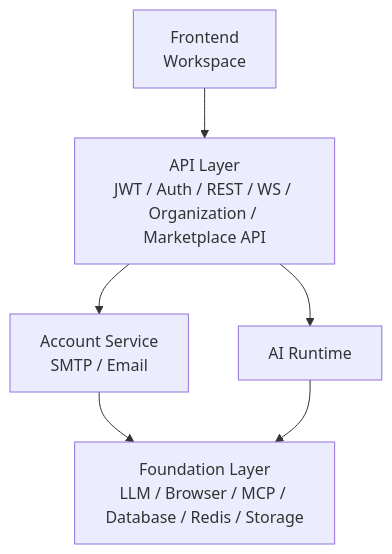
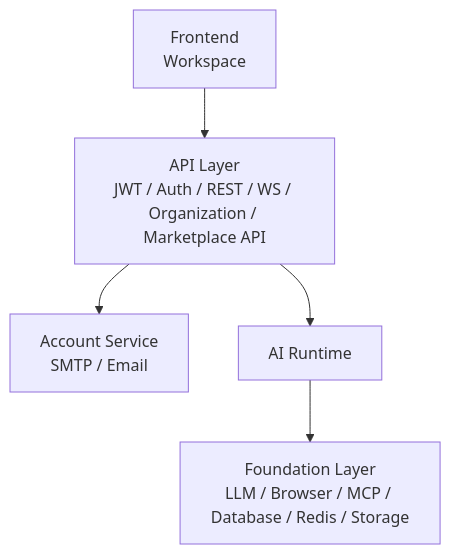
The diagram in docs/Chinese/mvp/ARCHITECTURE_BASELINE.md (suberking0212/Astra-OS), drawn with Mermaid before and after one commit. The commit also changed other lines of this file and 2 other files, not shown here.

````diff
--- a/docs/Chinese/mvp/ARCHITECTURE_BASELINE.md
+++ b/docs/Chinese/mvp/ARCHITECTURE_BASELINE.md
@@ -21,9 +21,8 @@
 ```mermaid
 flowchart TD
   FE[Frontend<br/>Workspace] --> API[API Layer<br/>JWT / Auth / REST / WS / Organization / Marketplace API]
   API --> ACCT[Account Service<br/>SMTP / Email]
   API --> RT[AI Runtime]
-  ACCT --> FD[Foundation Layer]
   RT --> FD
   FD[Foundation Layer<br/>LLM / Browser / MCP / Database / Redis / Storage]
 ```
````
